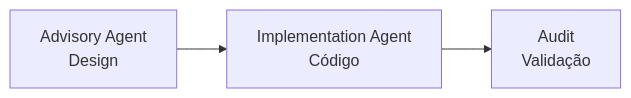
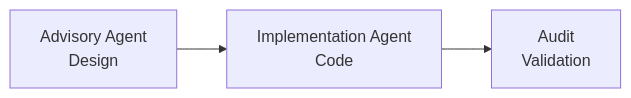
One commit to rodrigo-mendes/agents-factory changed the fifth of 6 diagrams in docs/fluxos/README.md. Above: the diagram before and after it, drawn with Mermaid. The commit also changed other lines of this file and 70 other files, not shown here.

````diff
--- a/docs/fluxos/README.md
+++ b/docs/fluxos/README.md
@@ -74,4 +74,4 @@
 ```mermaid
 graph LR
-    A[Advisory Agent<br/>Design] --> B[Implementation Agent<br/>Código] --> C[Audit<br/>Validação]
+    A[Advisory Agent<br/>Design] --> B[Implementation Agent<br/>Code] --> C[Audit<br/>Validation]
 ```
````
